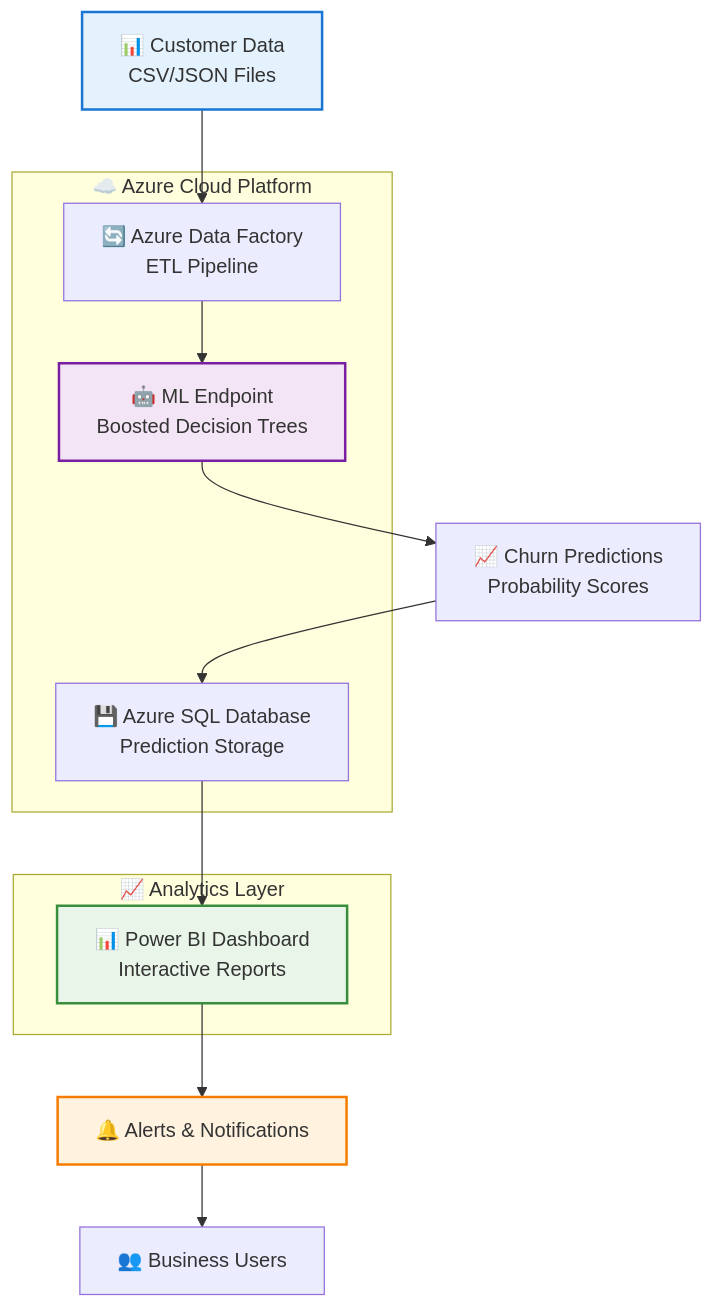
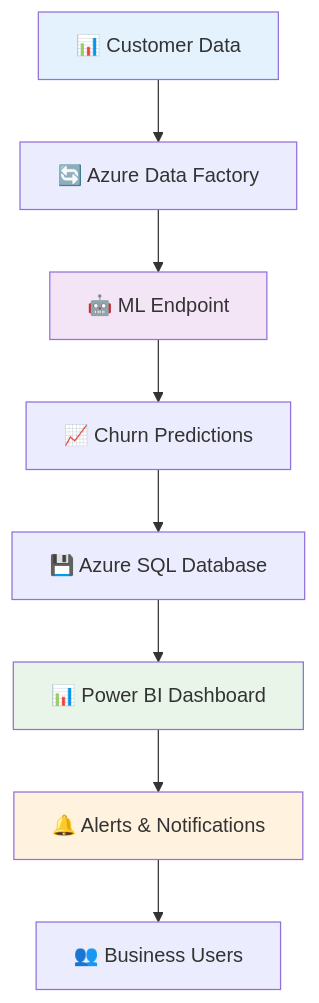
One commit to ganesh447/customer-churn-prediction changed the diagram in readme.md. Above: the diagram before and after it, drawn with Mermaid. The commit also changed other lines of this file, not shown here.

````diff
--- a/readme.md
+++ b/readme.md
@@ -78,26 +78,15 @@
 ```mermaid
-flowchart TD
-    A[📊 Customer Data<br/>CSV/JSON Files] --> B[🔄 Azure Data Factory<br/>ETL Pipeline]
-    B --> C[🤖 ML Endpoint<br/>Boosted Decision Trees]
-    C --> D[📈 Churn Predictions<br/>Probability Scores]
-    D --> E[💾 Azure SQL Database<br/>Prediction Storage]
-    E --> F[📊 Power BI Dashboard<br/>Interactive Reports]
+graph TD
+    A[📊 Customer Data] --> B[🔄 Azure Data Factory]
+    B --> C[🤖 ML Endpoint]
+    C --> D[📈 Churn Predictions]
+    D --> E[💾 Azure SQL Database]
+    E --> F[📊 Power BI Dashboard]
+    F --> G[🔔 Alerts & Notifications]
+    G --> H[👥 Business Users]
     
-    subgraph "☁️ Azure Cloud Platform"
-        B
-        C
-        E
-    end
-    
-    subgraph "📈 Analytics Layer"
-        F
-    end
-    
-    G[🔔 Alerts & Notifications] --> H[👥 Business Users]
-    F --> G
-    
-    style A fill:#e3f2fd,stroke:#1976d2,stroke-width:2px
-    style C fill:#f3e5f5,stroke:#7b1fa2,stroke-width:2px
-    style F fill:#e8f5e8,stroke:#388e3c,stroke-width:2px
-    style G fill:#fff3e0,stroke:#f57c00,stroke-width:2px
+    style A fill:#e3f2fd
+    style C fill:#f3e5f5
+    style F fill:#e8f5e8
+    style G fill:#fff3e0
 ```
````
